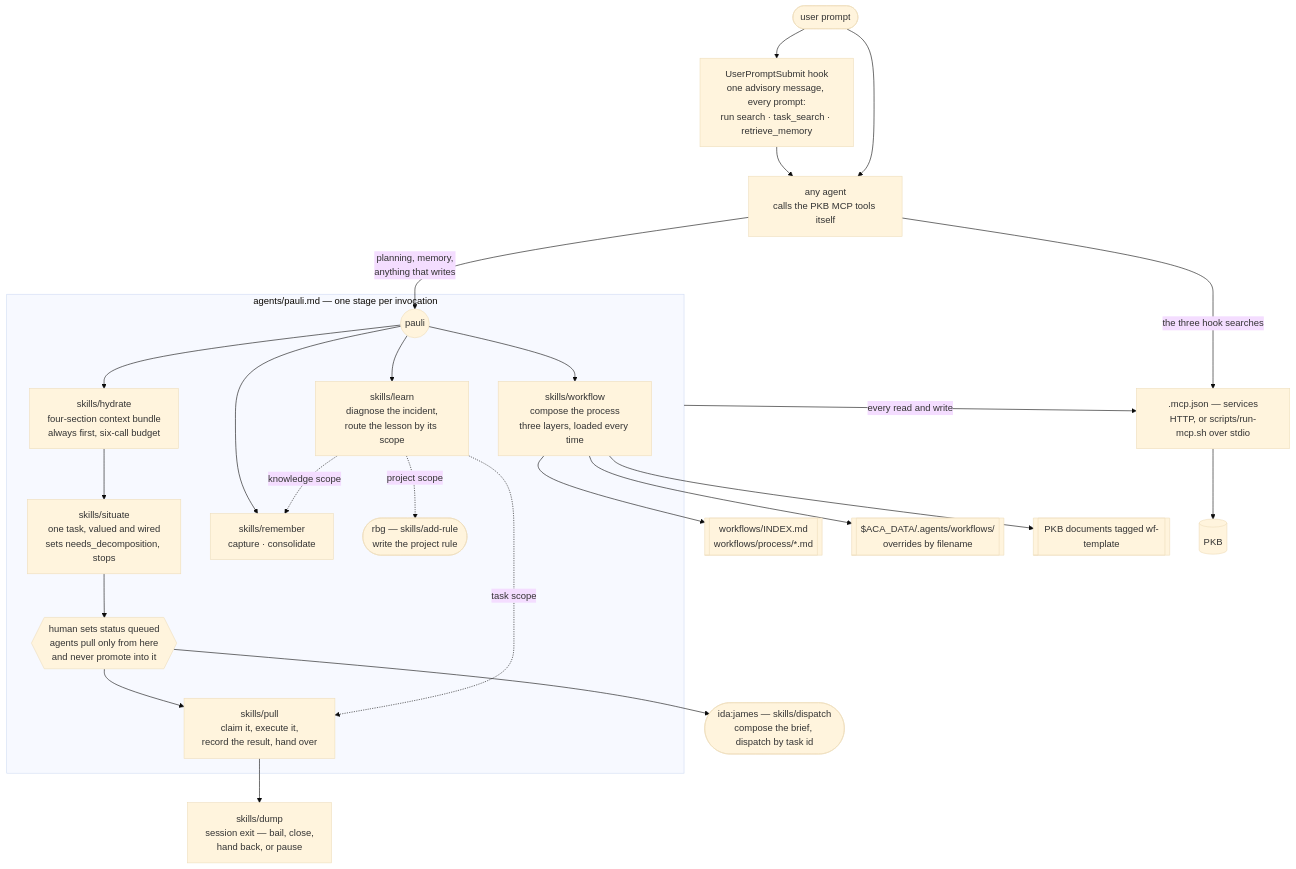
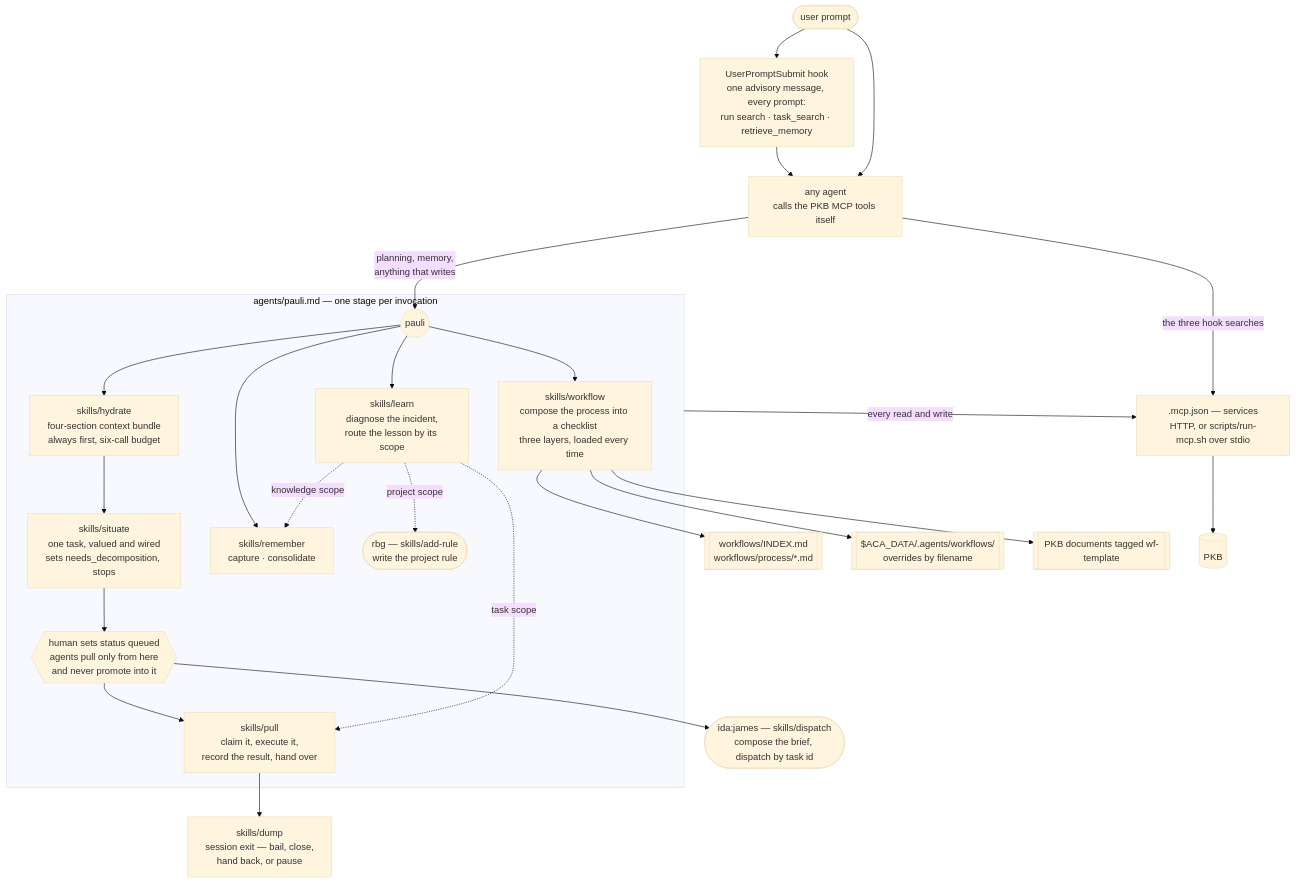
One commit to nicsuzor/academicOps changed the diagram in plugins/pkb/README.md. Above: the diagram before and after it, drawn with Mermaid (base theme). The commit also changed other lines of this file and 22 other files, not shown here.

````diff
--- a/plugins/pkb/README.md
+++ b/plugins/pkb/README.md
@@ -8,40 +8,40 @@
 ```mermaid
 flowchart TD
     prompt([user prompt]) --> hook
 
     hook["UserPromptSubmit hook<br/>one advisory message, every prompt:<br/>run search · task_search · retrieve_memory"]
     hook --> agent
     prompt --> agent["any agent<br/>calls the PKB MCP tools itself"]
 
     agent -- "planning, memory,<br/>anything that writes" --> pauli
 
     subgraph pkbwrite["agents/pauli.md — one stage per invocation"]
         pauli(("pauli"))
         pauli --> hydrate["skills/hydrate<br/>four-section context bundle<br/>always first, six-call budget"]
 
         hydrate --> situate["skills/situate<br/>one task, valued and wired<br/>sets needs_decomposition, stops"]
         situate --> gate{{"human sets status queued<br/>agents pull only from here<br/>and never promote into it"}}
         gate --> pull["skills/pull<br/>claim it, execute it,<br/>record the result, hand over"]
 
-        pauli --> composer["skills/workflow<br/>compose the process<br/>three layers, loaded every time"]
+        pauli --> composer["skills/workflow<br/>compose the process into a checklist<br/>three layers, loaded every time"]
         pauli --> remember["skills/remember<br/>capture · consolidate"]
         pauli --> learn["skills/learn<br/>diagnose the incident,<br/>route the lesson by its scope"]
 
         learn -. knowledge scope .-> remember
         learn -. project scope .-> addrule(["rbg — skills/add-rule<br/>write the project rule"])
         learn -. task scope .-> pull
     end
 
     pull --> dump["skills/dump<br/>session exit — bail, close,<br/>hand back, or pause"]
 
     composer --> library[["workflows/INDEX.md<br/>workflows/process/*.md"]]
     composer --> userlayer[["$ACA_DATA/.agents/workflows/<br/>overrides by filename"]]
     composer --> wftemplates[["PKB documents tagged wf-template"]]
 
     pkbwrite -- "every read and write" --> mcp
     agent -- "the three hook searches" --> mcp
 
     mcp[".mcp.json — services<br/>HTTP, or scripts/run-mcp.sh over stdio"] --> pkbstore[(PKB)]
 
     gate --> dispatch(["ida:james — skills/dispatch<br/>compose the brief, dispatch by task id"])
 ```
````
